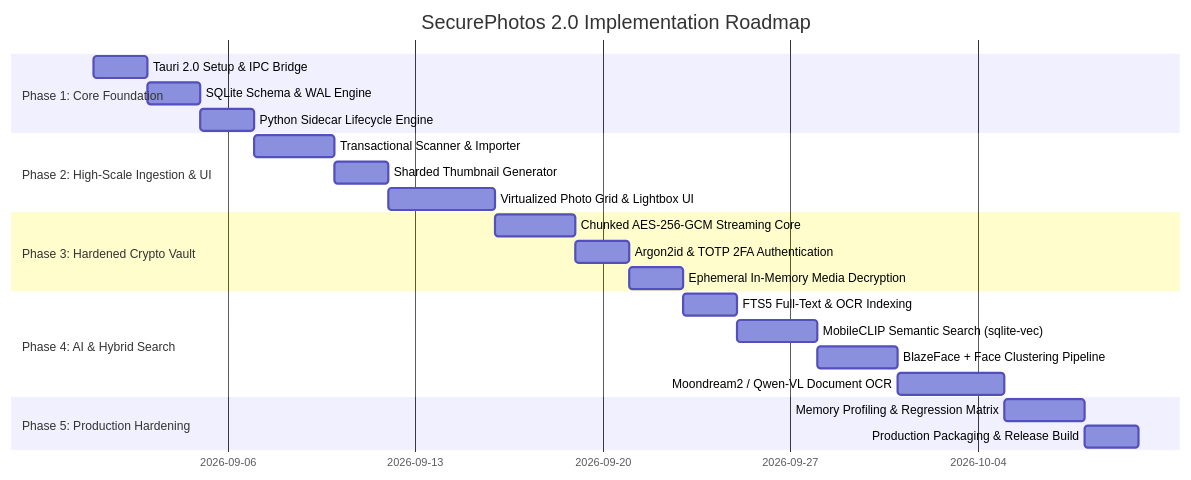
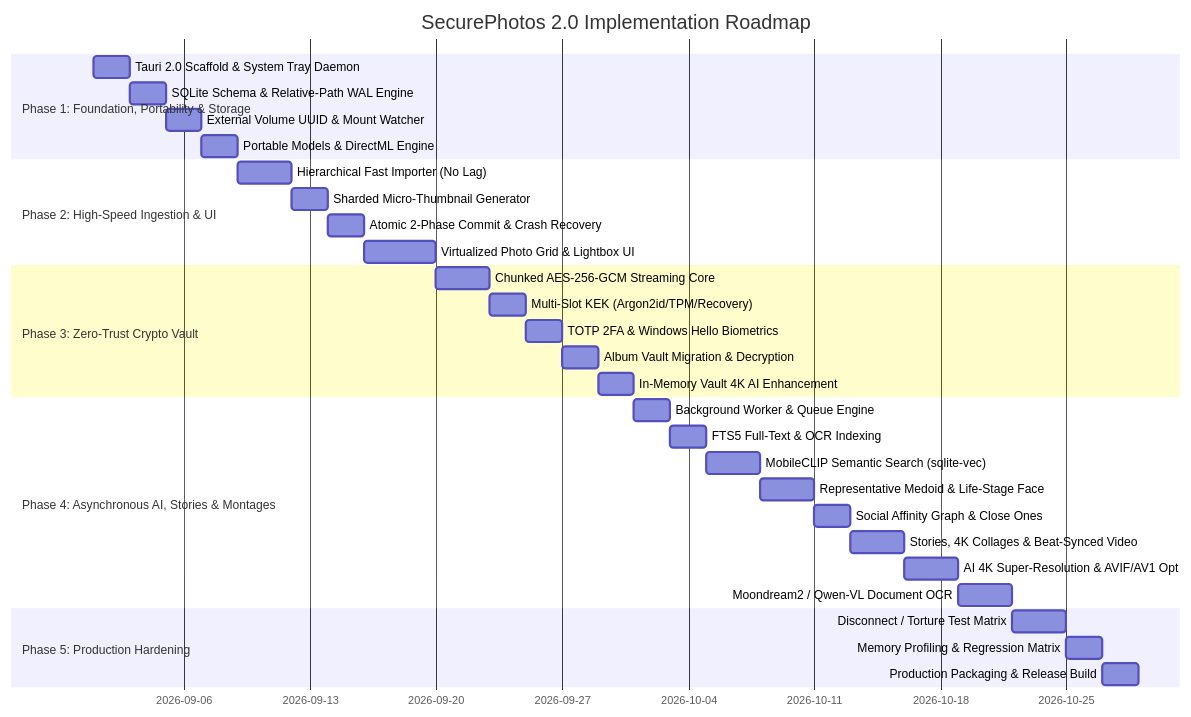
One commit to SumitKanchan4/SecurePhotos changed the diagram in docs/end_to_end_implementation_plan.md. Above: the diagram before and after it, drawn with Mermaid. The commit also changed other lines of this file and 2 other files, not shown here.

Commit message:
docs: finalize end-to-end architecture, 4K AI pipeline, external drive resilience, and zero-trust vault specifications

````diff
--- a/docs/end_to_end_implementation_plan.md
+++ b/docs/end_to_end_implementation_plan.md
@@ -9,25 +9,34 @@
 ```mermaid
 gantt
     title SecurePhotos 2.0 Implementation Roadmap
     dateFormat  YYYY-MM-DD
-    section Phase 1: Core Foundation
-    Tauri 2.0 Setup & IPC Bridge           :p1_1, 2026-09-01, 2d
-    SQLite Schema & WAL Engine             :p1_2, after p1_1, 2d
-    Python Sidecar Lifecycle Engine        :p1_3, after p1_2, 2d
-    section Phase 2: High-Scale Ingestion & UI
-    Transactional Scanner & Importer      :p2_1, after p1_3, 3d
-    Sharded Thumbnail Generator            :p2_2, after p2_1, 2d
-    Virtualized Photo Grid & Lightbox UI  :p2_3, after p2_2, 4d
-    section Phase 3: Hardened Crypto Vault
-    Chunked AES-256-GCM Streaming Core    :p3_1, after p2_3, 3d
-    Argon2id & TOTP 2FA Authentication    :p3_2, after p3_1, 2d
-    Ephemeral In-Memory Media Decryption  :p3_3, after p3_2, 2d
-    section Phase 4: AI & Hybrid Search
-    FTS5 Full-Text & OCR Indexing         :p4_1, after p3_3, 2d
-    MobileCLIP Semantic Search (sqlite-vec):p4_2, after p4_1, 3d
-    BlazeFace + Face Clustering Pipeline  :p4_3, after p4_2, 3d
-    Moondream2 / Qwen-VL Document OCR     :p4_4, after p4_3, 4d
+    section Phase 1: Foundation, Portability & Storage
+    Tauri 2.0 Scaffold & System Tray Daemon:p1_1, 2026-09-01, 2d
+    SQLite Schema & Relative-Path WAL Engine:p1_2, after p1_1, 2d
+    External Volume UUID & Mount Watcher   :p1_3, after p1_2, 2d
+    Portable Models & DirectML Engine      :p1_4, after p1_3, 2d
+    section Phase 2: High-Speed Ingestion & UI
+    Hierarchical Fast Importer (No Lag)   :p2_1, after p1_4, 3d
+    Sharded Micro-Thumbnail Generator      :p2_2, after p2_1, 2d
+    Atomic 2-Phase Commit & Crash Recovery :p2_3, after p2_2, 2d
+    Virtualized Photo Grid & Lightbox UI   :p2_4, after p2_3, 4d
+    section Phase 3: Zero-Trust Crypto Vault
+    Chunked AES-256-GCM Streaming Core    :p3_1, after p2_4, 3d
+    Multi-Slot KEK (Argon2id/TPM/Recovery) :p3_2, after p3_1, 2d
+    TOTP 2FA & Windows Hello Biometrics   :p3_3, after p3_2, 2d
+    Album Vault Migration & Decryption     :p3_4, after p3_3, 2d
+    In-Memory Vault 4K AI Enhancement      :p3_5, after p3_4, 2d
+    section Phase 4: Asynchronous AI, Stories & Montages
+    Background Worker & Queue Engine      :p4_1, after p3_5, 2d
+    FTS5 Full-Text & OCR Indexing         :p4_2, after p4_1, 2d
+    MobileCLIP Semantic Search (sqlite-vec):p4_3, after p4_2, 3d
+    Representative Medoid & Life-Stage Face:p4_4, after p4_3, 3d
+    Social Affinity Graph & Close Ones     :p4_5, after p4_4, 2d
+    Stories, 4K Collages & Beat-Synced Video:p4_6, after p4_5, 3d
+    AI 4K Super-Resolution & AVIF/AV1 Opt :p4_7, after p4_6, 3d
+    Moondream2 / Qwen-VL Document OCR     :p4_8, after p4_7, 3d
     section Phase 5: Production Hardening
-    Memory Profiling & Regression Matrix  :p5_1, after p4_4, 3d
-    Production Packaging & Release Build  :p5_2, after p5_1, 2d
+    Disconnect / Torture Test Matrix      :p5_1, after p4_8, 3d
+    Memory Profiling & Regression Matrix  :p5_2, after p5_1, 2d
+    Production Packaging & Release Build  :p5_3, after p5_2, 2d
 ```
````
